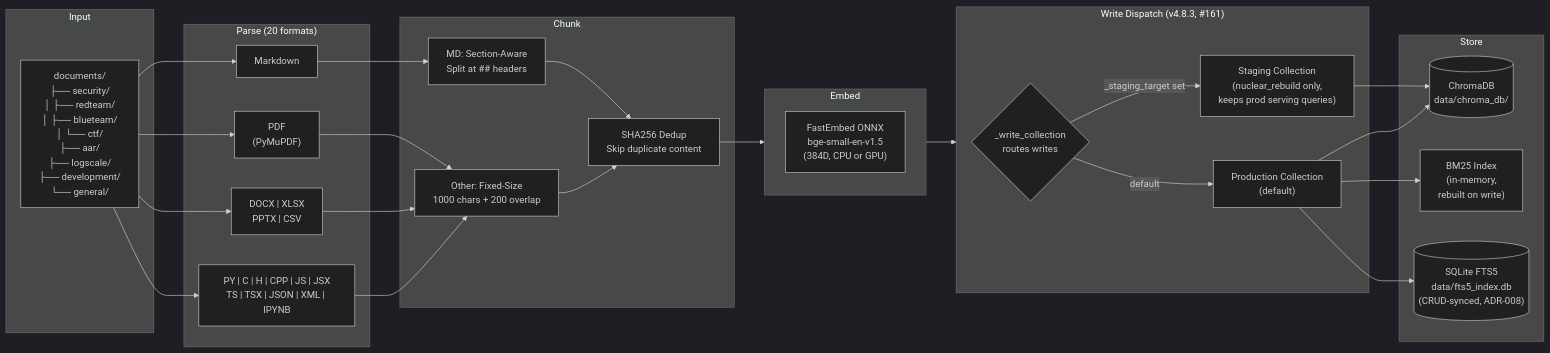
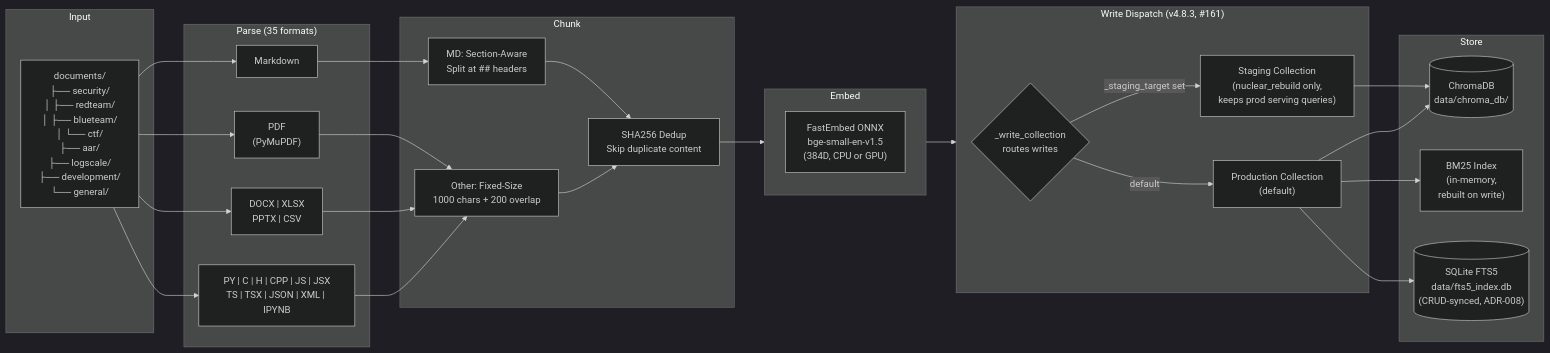
The third of 4 diagrams in docs/ARCHITECTURE.md (imakealol/knowledge-rag), drawn with Mermaid (dark theme) before and after one commit. The commit also changed other lines of this file and 4 other files, not shown here.

````diff
--- a/docs/ARCHITECTURE.md
+++ b/docs/ARCHITECTURE.md
@@ -160,49 +160,49 @@
 ```mermaid
 flowchart LR
     subgraph INPUT["Input"]
         FILES["documents/<br/>├── security/<br/>│   ├── redteam/<br/>│   ├── blueteam/<br/>│   └── ctf/<br/>├── aar/<br/>├── logscale/<br/>├── development/<br/>└── general/"]
     end
 
-    subgraph PARSE["Parse (20 formats)"]
+    subgraph PARSE["Parse (35 formats)"]
         MD["Markdown"]
         PDF["PDF<br/>(PyMuPDF)"]
         OFFICE["DOCX | XLSX<br/>PPTX | CSV"]
         CODE["PY | C | H | CPP | JS | JSX<br/>TS | TSX | JSON | XML | IPYNB"]
     end
 
     subgraph CHUNK["Chunk"]
         MDSPLIT["MD: Section-Aware<br/>Split at ## headers"]
         TXTSPLIT["Other: Fixed-Size<br/>1000 chars + 200 overlap"]
         DEDUP["SHA256 Dedup<br/>Skip duplicate content"]
     end
 
     subgraph EMBED["Embed"]
         FASTEMBED["FastEmbed ONNX<br/>bge-small-en-v1.5<br/>(384D, CPU or GPU)"]
     end
 
     subgraph DISPATCH["Write Dispatch (v4.8.3, #161)"]
         WCOL{"_write_collection<br/>routes writes"}
         STAGING["Staging Collection<br/>(nuclear_rebuild only,<br/>keeps prod serving queries)"]
         PROD["Production Collection<br/>(default)"]
         WCOL -->|_staging_target set| STAGING
         WCOL -->|default| PROD
     end
 
     subgraph STORE["Store"]
         CHROMADB[("ChromaDB<br/>data/chroma_db/")]
         BM25IDX["BM25 Index<br/>(in-memory,<br/>rebuilt on write)"]
         FTS5DB[("SQLite FTS5<br/>data/fts5_index.db<br/>(CRUD-synced, ADR-008)")]
     end
 
     FILES --> MD & PDF & OFFICE & CODE
     MD --> MDSPLIT
     PDF & OFFICE & CODE --> TXTSPLIT
     MDSPLIT --> DEDUP
     TXTSPLIT --> DEDUP
     DEDUP --> EMBED
     EMBED --> DISPATCH
     STAGING --> CHROMADB
     PROD --> CHROMADB
     PROD --> BM25IDX
     PROD --> FTS5DB
 ```
````
